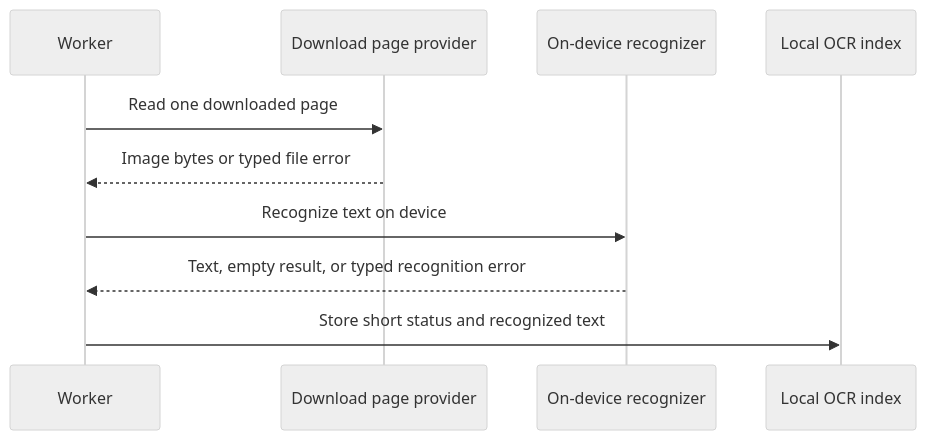
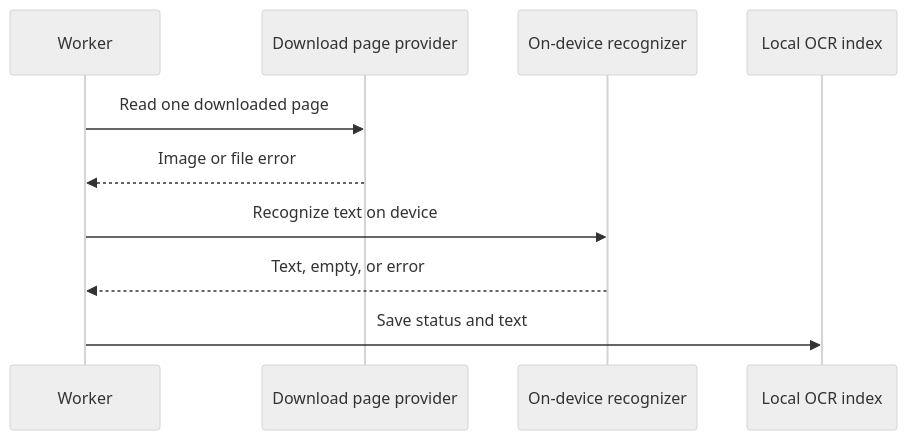
One commit to FancyCorey/komikku-KMK changed the second of 4 diagrams in docs/kmk/feature-guides/searching-downloaded-pages-with-ocr.md. Above: the diagram before and after it, drawn with Mermaid (neutral theme). The commit also changed 9 other files, not shown here.

Commit message:
Improve Mermaid diagram readability

````diff
--- a/docs/kmk/feature-guides/searching-downloaded-pages-with-ocr.md
+++ b/docs/kmk/feature-guides/searching-downloaded-pages-with-ocr.md
@@ -41,12 +41,12 @@
 ```mermaid
 sequenceDiagram
     participant Worker
     participant Files as Download page provider
     participant OCR as On-device recognizer
     participant Index as Local OCR index
     Worker->>Files: Read one downloaded page
-    Files-->>Worker: Image bytes or typed file error
+    Files-->>Worker: Image or file error
     Worker->>OCR: Recognize text on device
-    OCR-->>Worker: Text, empty result, or typed recognition error
-    Worker->>Index: Store short status and recognized text
+    OCR-->>Worker: Text, empty, or error
+    Worker->>Index: Save status and text
 ```
````
